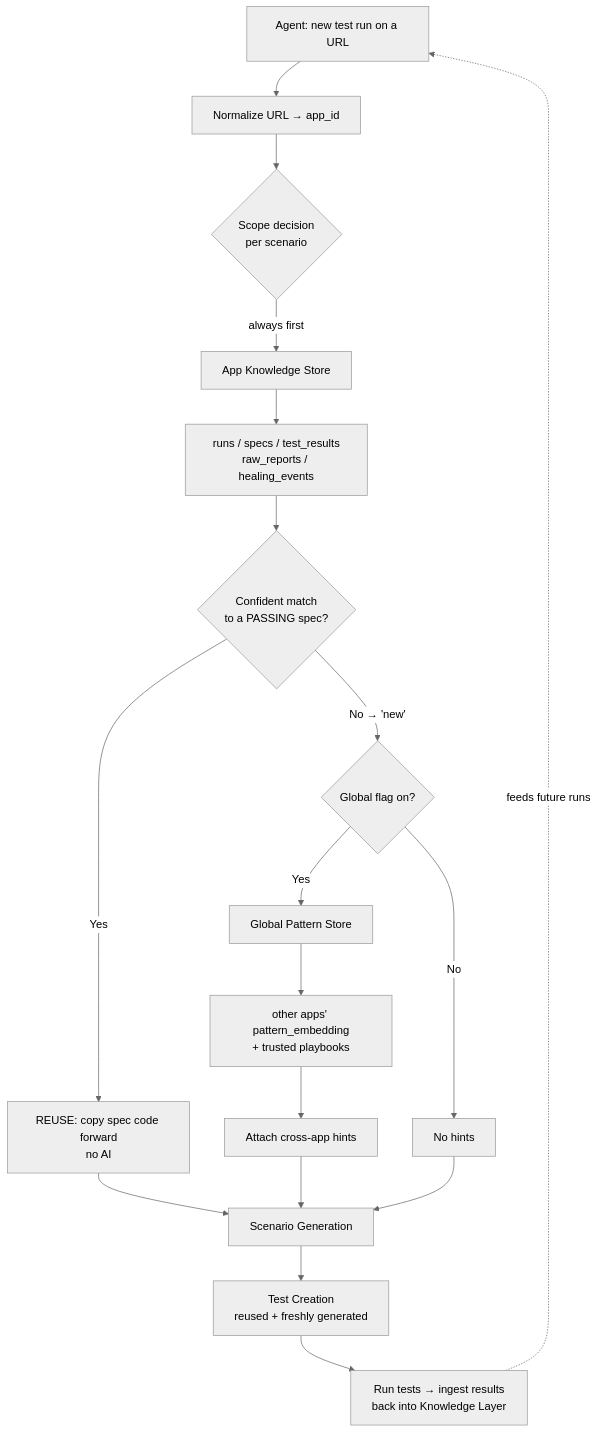
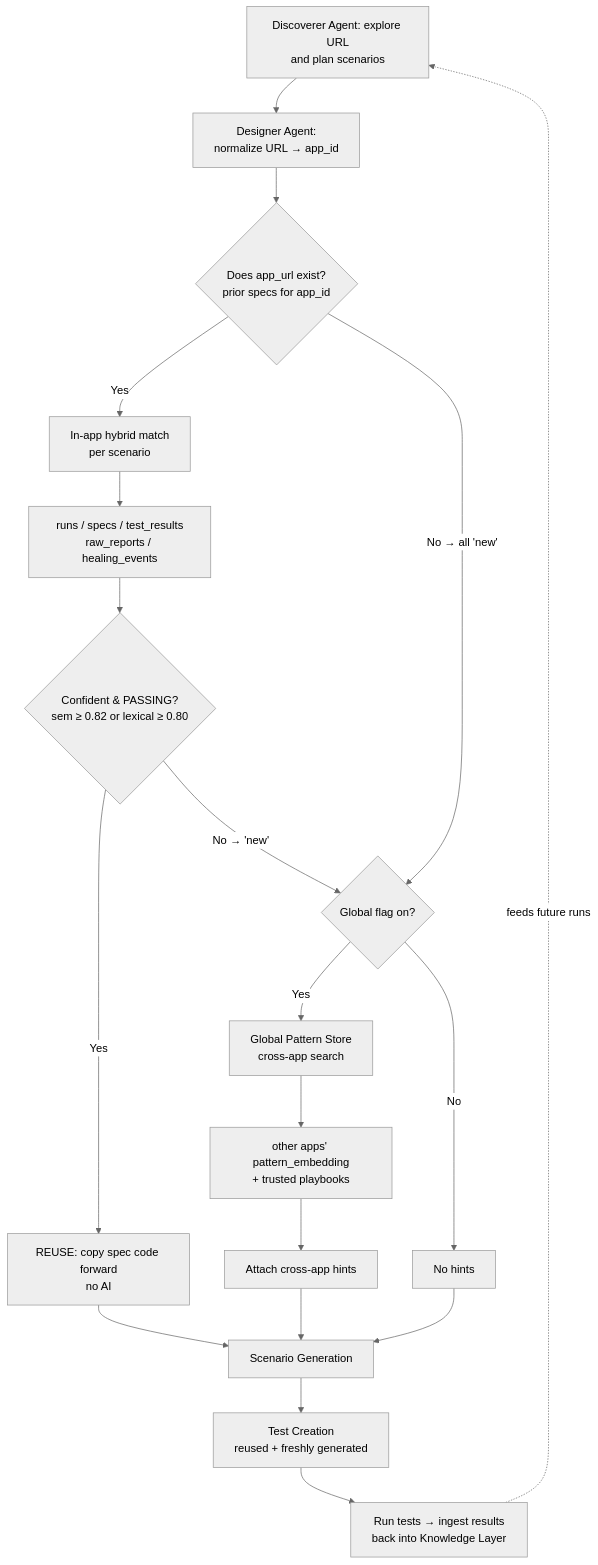
Before and after one commit to spalanivelu1989/test-suite: the second of 4 diagrams in docs/knowledge-db.md, drawn with Mermaid (neutral theme). The commit also changed other lines of this file, not shown here.

First line of the commit message:
docs: sync knowledge-db guide with kb-decision changes

````diff
--- a/docs/knowledge-db.md
+++ b/docs/knowledge-db.md
@@ -523,23 +551,25 @@
 ```mermaid
 flowchart TD
-    A[Agent: new test run on a URL] --> B[Normalize URL → app_id]
-    B --> C{Scope decision<br/>per scenario}
+    A[Discoverer Agent: explore URL<br/>and plan scenarios] --> B[Designer Agent:<br/>normalize URL → app_id]
+    B --> C{Does app_url exist?<br/>prior specs for app_id}
 
-    C -->|always first| D[App Knowledge Store]
+    C -->|Yes| D[In-app hybrid match<br/>per scenario]
     D --> D1[runs / specs / test_results<br/>raw_reports / healing_events]
-    D1 --> E{Confident match<br/>to a PASSING spec?}
+    D1 --> E{Confident & PASSING?<br/>sem ≥ 0.82 or lexical ≥ 0.80}
     E -->|Yes| F[REUSE: copy spec code forward<br/>no AI]
     E -->|No → 'new'| G{Global flag on?}
 
-    G -->|Yes| H[Global Pattern Store]
+    C -->|No → all 'new'| G
+
+    G -->|Yes| H[Global Pattern Store<br/>cross-app search]
     H --> H1[other apps' pattern_embedding<br/>+ trusted playbooks]
     H1 --> I[Attach cross‑app hints]
     G -->|No| J[No hints]
 
     F --> K[Scenario Generation]
     I --> K
     J --> K
     K --> L[Test Creation<br/>reused + freshly generated]
     L --> M[Run tests → ingest results<br/>back into Knowledge Layer]
     M -.feeds future runs.-> A
 ```
````
